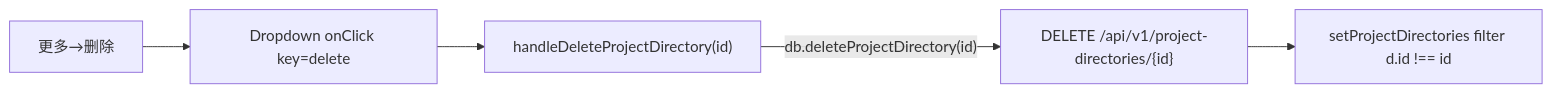
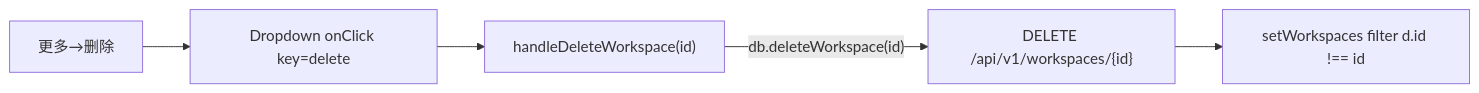
Before and after one commit to weibaohui/ntd: the first of 4 diagrams in frontend/src/help/pages/ws-delete.md, drawn with Mermaid. The commit also changed other lines of this file and 122 other files, not shown here.

First line of the commit message:
refactor(104): 工作空间命名统一——project_directory 全套改为 workspace (#1054)

````diff
--- a/frontend/src/help/pages/ws-delete.md
+++ b/frontend/src/help/pages/ws-delete.md
@@ -8,7 +8,7 @@
 ```mermaid
 flowchart LR
   User["更多→删除"] --> onClick["Dropdown onClick key=delete"]
-  onClick --> handleDelete["handleDeleteProjectDirectory(id)"]
-  handleDelete -->|"db.deleteProjectDirectory(id)"| API["DELETE /api/v1/project-directories/{id}"]
-  API --> setProjectDirectories["setProjectDirectories filter d.id !== id"]
+  onClick --> handleDelete["handleDeleteWorkspace(id)"]
+  handleDelete -->|"db.deleteWorkspace(id)"| API["DELETE /api/v1/workspaces/{id}"]
+  API --> setWorkspaces["setWorkspaces filter d.id !== id"]
 ```
````
